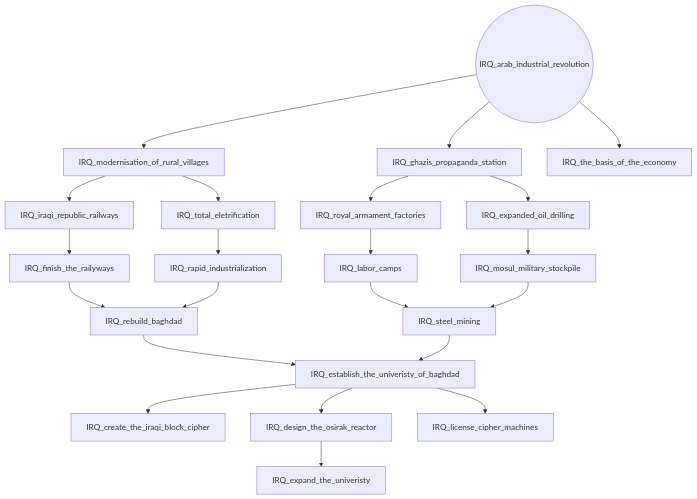
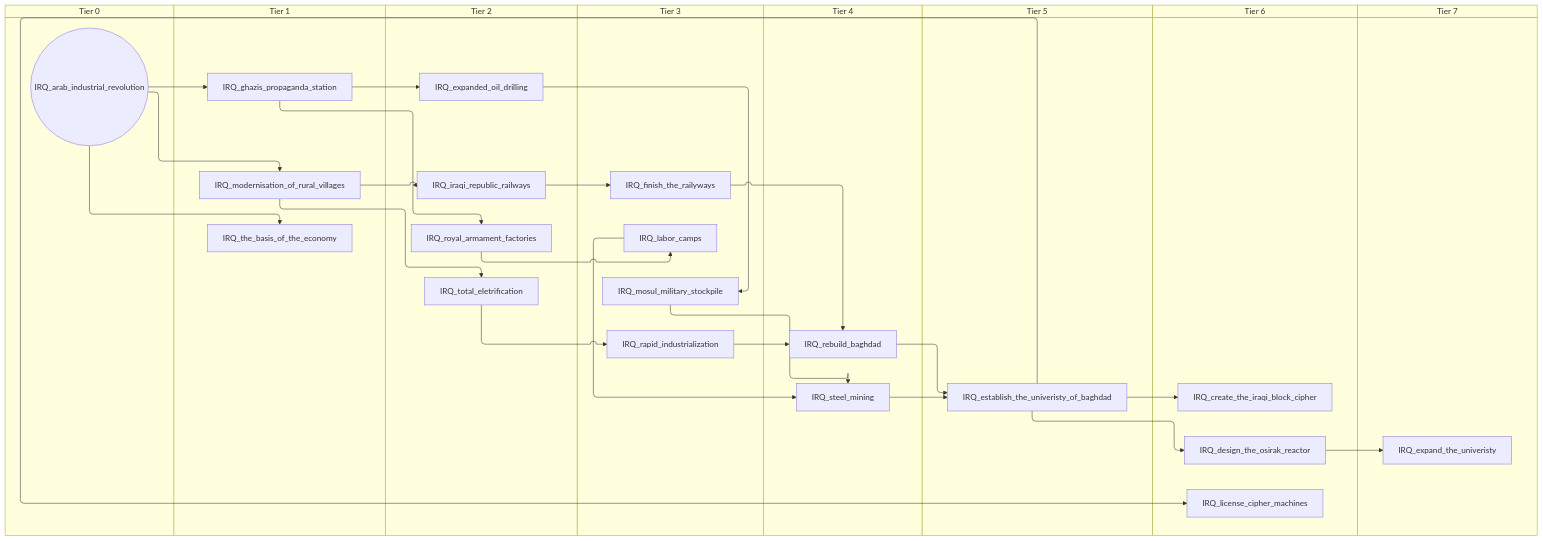
The second of 6 diagrams in docs/gdd/National Focuses/r56_iraq.md (evgeny-sobol/hoi4-sandbox-mode-r56), drawn with Mermaid before and after one commit. The commit also changed other lines of this file and 423 other files, not shown here.

First line of the commit message:
Re-export Rt56 focus trees as swimlane diagrams

````diff
--- a/docs/gdd/National Focuses/r56_iraq.md
+++ b/docs/gdd/National Focuses/r56_iraq.md
@@ -31,43 +43,59 @@
 ```mermaid
-flowchart TD
-    n10(("IRQ_arab_industrial_revolution"))
-    n11["IRQ_create_the_iraqi_block_cipher"]
-    n12["IRQ_design_the_osirak_reactor"]
-    n13["IRQ_establish_the_univeristy_of_baghdad"]
-    n14["IRQ_expand_the_univeristy"]
-    n15["IRQ_expanded_oil_drilling"]
-    n16["IRQ_finish_the_railyways"]
-    n17["IRQ_ghazis_propaganda_station"]
-    n18["IRQ_iraqi_republic_railways"]
-    n19["IRQ_labor_camps"]
-    n20["IRQ_license_cipher_machines"]
-    n21["IRQ_modernisation_of_rural_villages"]
-    n22["IRQ_mosul_military_stockpile"]
-    n23["IRQ_rapid_industrialization"]
-    n24["IRQ_rebuild_baghdad"]
-    n25["IRQ_royal_armament_factories"]
-    n26["IRQ_steel_mining"]
-    n27["IRQ_the_basis_of_the_economy"]
-    n28["IRQ_total_eletrification"]
-    n13 --> n11
-    n13 --> n12
-    n24 --> n13
-    n26 --> n13
-    n12 --> n14
-    n17 --> n15
-    n18 --> n16
-    n10 --> n17
-    n21 --> n18
-    n25 --> n19
-    n13 --> n20
-    n10 --> n21
-    n15 --> n22
-    n28 --> n23
-    n16 --> n24
+swimlane-beta TD
+    subgraph tier_0["Tier 0"]
+        n10(("IRQ_arab_industrial_revolution"))
+    end
+    subgraph tier_1["Tier 1"]
+        n11["IRQ_ghazis_propaganda_station"]
+        n12["IRQ_modernisation_of_rural_villages"]
+        n13["IRQ_the_basis_of_the_economy"]
+    end
+    subgraph tier_2["Tier 2"]
+        n14["IRQ_expanded_oil_drilling"]
+        n15["IRQ_iraqi_republic_railways"]
+        n16["IRQ_royal_armament_factories"]
+        n17["IRQ_total_eletrification"]
+    end
+    subgraph tier_3["Tier 3"]
+        n18["IRQ_finish_the_railyways"]
+        n19["IRQ_labor_camps"]
+        n20["IRQ_mosul_military_stockpile"]
+        n21["IRQ_rapid_industrialization"]
+    end
+    subgraph tier_4["Tier 4"]
+        n22["IRQ_rebuild_baghdad"]
+        n23["IRQ_steel_mining"]
+    end
+    subgraph tier_5["Tier 5"]
+        n24["IRQ_establish_the_univeristy_of_baghdad"]
+    end
+    subgraph tier_6["Tier 6"]
+        n25["IRQ_create_the_iraqi_block_cipher"]
+        n26["IRQ_design_the_osirak_reactor"]
+        n27["IRQ_license_cipher_machines"]
+    end
+    subgraph tier_7["Tier 7"]
+        n28["IRQ_expand_the_univeristy"]
+    end
+    n24 --> n25
+    n24 --> n26
+    n22 --> n24
     n23 --> n24
-    n17 --> n25
-    n19 --> n26
-    n22 --> n26
-    n10 --> n27
-    n21 --> n28
+    n26 --> n28
+    n11 --> n14
+    n15 --> n18
+    n10 --> n11
+    n12 --> n15
+    n16 --> n19
+    n24 --> n27
+    n10 --> n12
+    n14 --> n20
+    n17 --> n21
+    n18 --> n22
+    n21 --> n22
+    n11 --> n16
+    n19 --> n23
+    n20 --> n23
+    n10 --> n13
+    n12 --> n17
 ```
````
